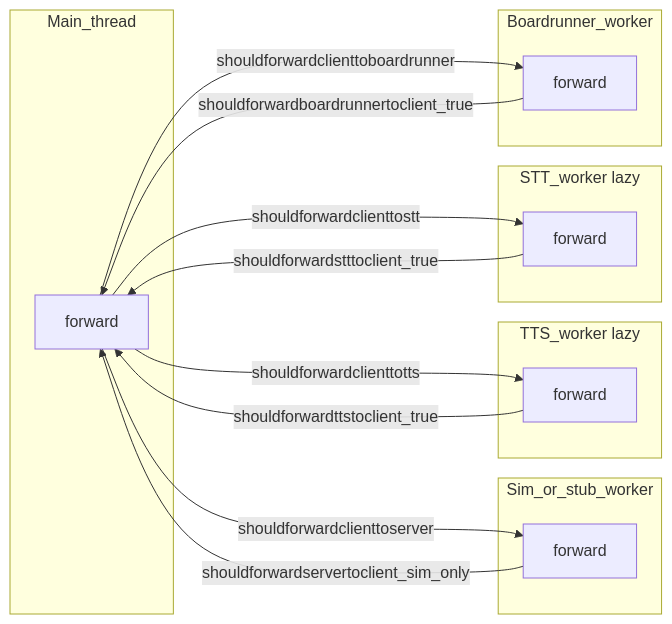
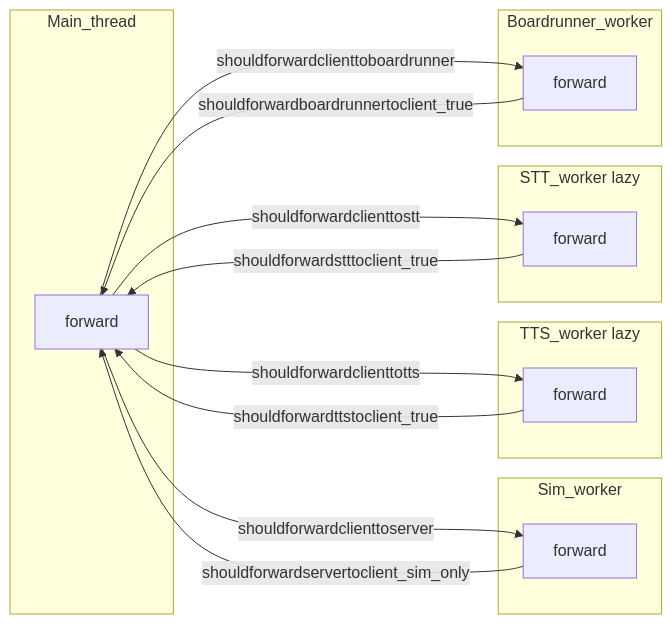
Before and after one commit to goldbuick/zed-software-system: the sixth of 7 diagrams in zss/device/docs/devices-and-messaging.md, drawn with Mermaid. The commit also changed other lines of this file and 84 other files, not shown here.

````diff
--- a/zss/device/docs/devices-and-messaging.md
+++ b/zss/device/docs/devices-and-messaging.md
@@ -389,26 +389,26 @@
 ```mermaid
 flowchart LR
   subgraph Main_thread [Main_thread]
     Fm[forward]
   end
-  subgraph Sim_or_stub [Sim_or_stub_worker]
+  subgraph Sim_or_stub [Sim_worker]
     Fs[forward]
   end
   subgraph TTS_worker [TTS_worker lazy]
     Ft[forward]
   end
   subgraph STT_worker [STT_worker lazy]
     Fs2[forward]
   end
   subgraph Boardrunner_worker [Boardrunner_worker]
     Fb[forward]
   end
   Fs -->|"shouldforwardservertoclient_sim_only"| Fm
   Fm -->|"shouldforwardclienttoserver"| Fs
   Fm -->|"shouldforwardclienttotts"| Ft
   Ft -->|"shouldforwardttstoclient_true"| Fm
   Fm -->|"shouldforwardclienttostt"| Fs2
   Fs2 -->|"shouldforwardstttoclient_true"| Fm
   Fm -->|"shouldforwardclienttoboardrunner"| Fb
   Fb -->|"shouldforwardboardrunnertoclient_true"| Fm
 ```
````
